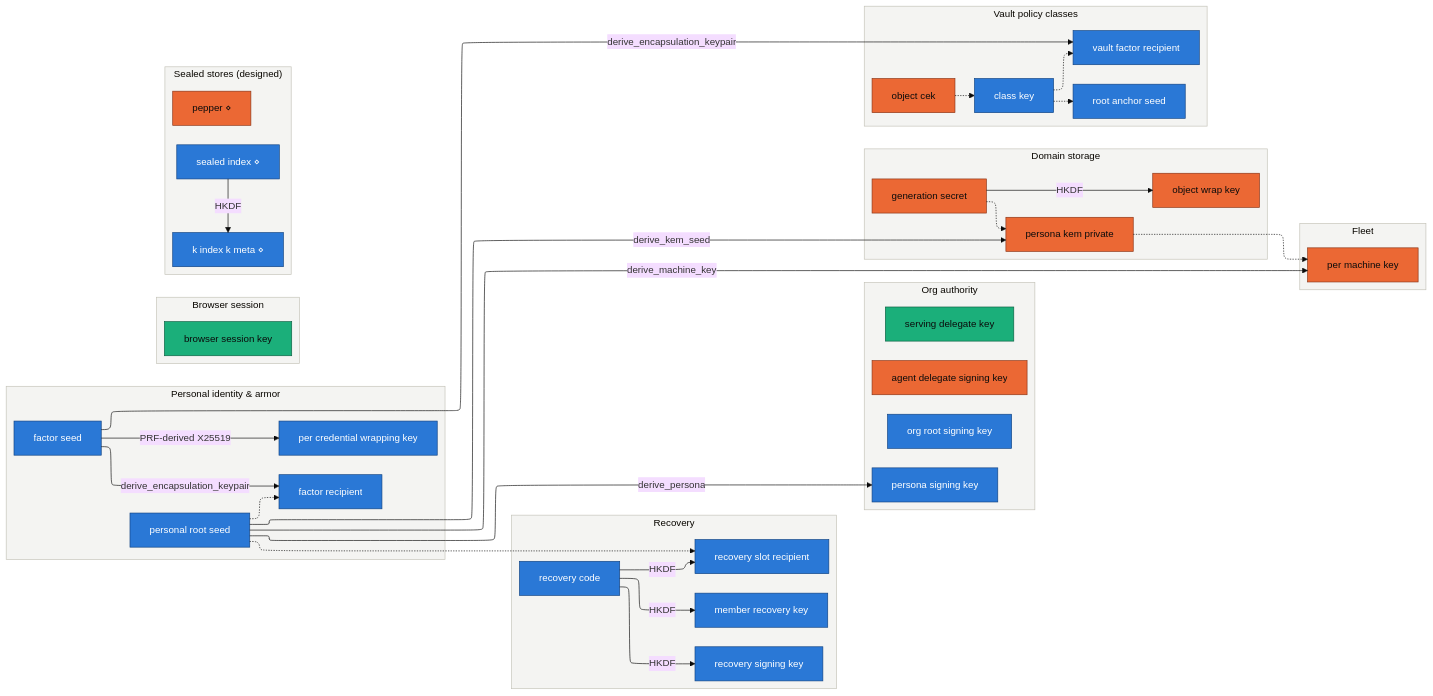
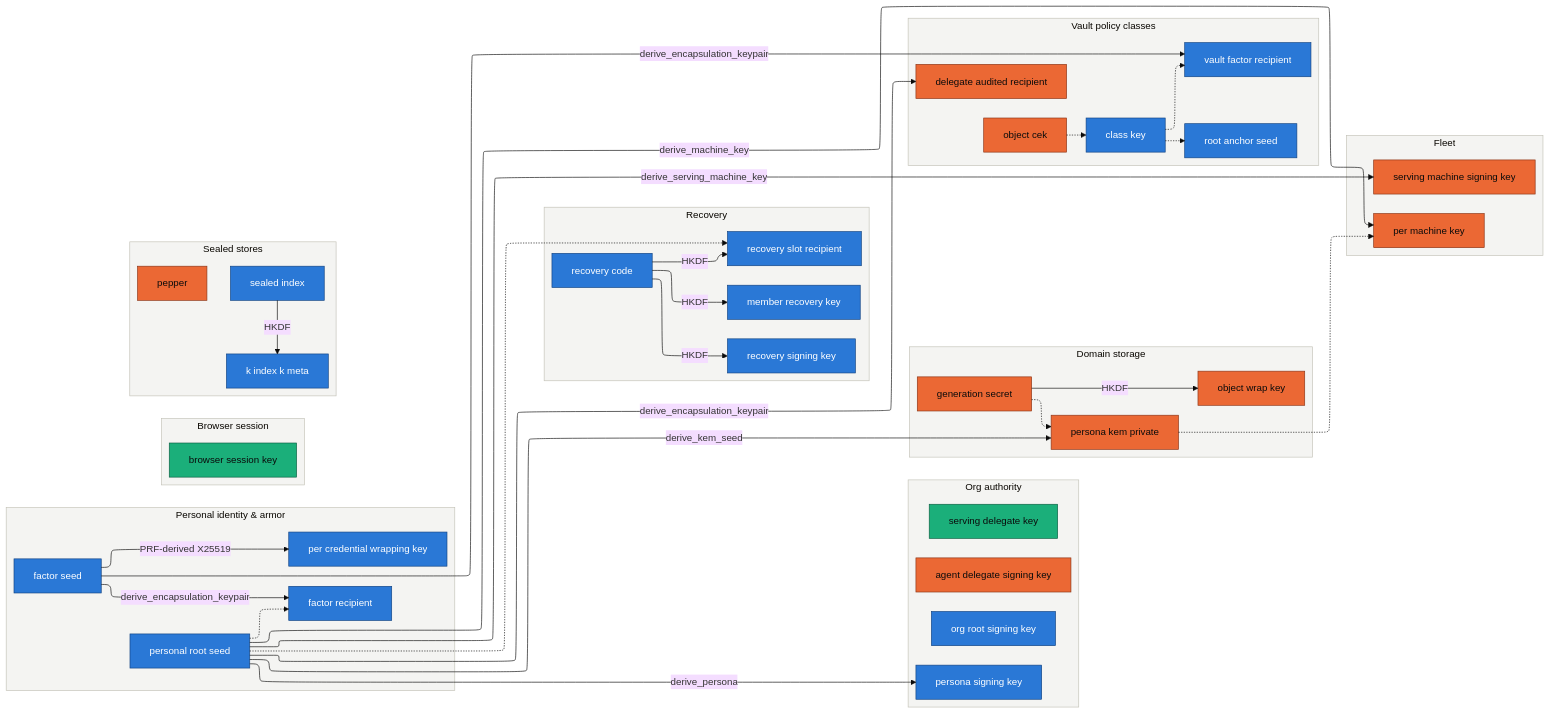
Before and after one commit to auto-network/autonomy: the diagram in tools/network/keyreg/generated/key-graph.mmd, drawn with Mermaid. The commit also changed 9 other files, not shown here.

```diff
--- a/tools/network/keyreg/generated/key-graph.mmd
+++ b/tools/network/keyreg/generated/key-graph.mmd
@@ -1,78 +1,82 @@
 %%{init: {"theme": "base", "flowchart": {"defaultRenderer": "elk", "nodeSpacing": 26, "rankSpacing": 42, "curve": "basis", "useMaxWidth": false}, "themeVariables": {"fontSize": "15px", "clusterBkg": "#f4f4f2", "clusterBorder": "#c3c2b7"}}}%%
 graph LR
     %% Generated from registry.yaml by gen.py — do not edit by hand.
     %% Clusters are the registry's group field (one subsystem each).
     %% Solid arrows: derivation (parent to child). Dashed arrows: the
     %% key's material is sealed to the recipient key. Node color is
     %% custody class: blue cold, orange memory, green disk. A diamond
     %% marks a design-only key. Prose seals remain in the register.
     classDef cold fill:#2a78d6,color:#ffffff,stroke:#104281,stroke-width:1px
     classDef memory fill:#eb6834,color:#0b0b0b,stroke:#8a3315,stroke-width:1px
     classDef disk fill:#1baf7a,color:#0b0b0b,stroke:#0b5e41,stroke-width:1px
     classDef public fill:#eda100,color:#0b0b0b,stroke:#7a5300,stroke-width:1px
     subgraph identity_armor["Personal identity & armor"]
         direction TB
         factor_recipient["factor recipient"]:::cold
         factor_seed["factor seed"]:::cold
         per_credential_wrapping_key["per credential wrapping key"]:::cold
         personal_root_seed["personal root seed"]:::cold
     end
     subgraph browser["Browser session"]
         direction TB
         browser_session_key["browser session key"]:::disk
     end
     subgraph recovery["Recovery"]
         direction TB
         member_recovery_key["member recovery key"]:::cold
         recovery_code["recovery code"]:::cold
         recovery_signing_key["recovery signing key"]:::cold
         recovery_slot_recipient["recovery slot recipient"]:::cold
     end
     subgraph org_authority["Org authority"]
         direction TB
         agent_delegate_signing_key["agent delegate signing key"]:::memory
         org_root_signing_key["org root signing key"]:::cold
         persona_signing_key["persona signing key"]:::cold
         serving_delegate_key["serving delegate key"]:::disk
     end
     subgraph domain_storage["Domain storage"]
         direction TB
         generation_secret["generation secret"]:::memory
         object_wrap_key["object wrap key"]:::memory
         persona_kem_private["persona kem private"]:::memory
     end
     subgraph vault_classes["Vault policy classes"]
         direction TB
         class_key["class key"]:::cold
+        delegate_audited_recipient["delegate audited recipient"]:::memory
         object_cek["object cek"]:::memory
         root_anchor_seed["root anchor seed"]:::cold
         vault_factor_recipient["vault factor recipient"]:::cold
     end
-    subgraph sealed_stores["Sealed stores (designed)"]
+    subgraph sealed_stores["Sealed stores"]
         direction TB
-        k_index_k_meta["k index k meta ⋄"]:::cold
-        pepper["pepper ⋄"]:::memory
-        sealed_index["sealed index ⋄"]:::cold
+        k_index_k_meta["k index k meta"]:::cold
+        pepper["pepper"]:::memory
+        sealed_index["sealed index"]:::cold
     end
     subgraph fleet["Fleet"]
         direction TB
         per_machine_key["per machine key"]:::memory
+        serving_machine_signing_key["serving machine signing key"]:::memory
     end
+    personal_root_seed -->|derive_encapsulation_keypair| delegate_audited_recipient
     factor_seed -->|derive_encapsulation_keypair| factor_recipient
     sealed_index -->|HKDF| k_index_k_meta
     recovery_code -->|HKDF| member_recovery_key
     generation_secret -->|HKDF| object_wrap_key
     factor_seed -->|PRF-derived X25519| per_credential_wrapping_key
     personal_root_seed -->|derive_machine_key| per_machine_key
     personal_root_seed -->|derive_kem_seed| persona_kem_private
     personal_root_seed -->|derive_persona| persona_signing_key
     recovery_code -->|HKDF| recovery_signing_key
     recovery_code -->|HKDF| recovery_slot_recipient
+    personal_root_seed -->|derive_serving_machine_key| serving_machine_signing_key
     factor_seed -->|derive_encapsulation_keypair| vault_factor_recipient
     class_key -.-> vault_factor_recipient
     class_key -.-> root_anchor_seed
     generation_secret -.-> persona_kem_private
     object_cek -.-> class_key
     persona_kem_private -.-> per_machine_key
     personal_root_seed -.-> factor_recipient
     personal_root_seed -.-> recovery_slot_recipient
```
